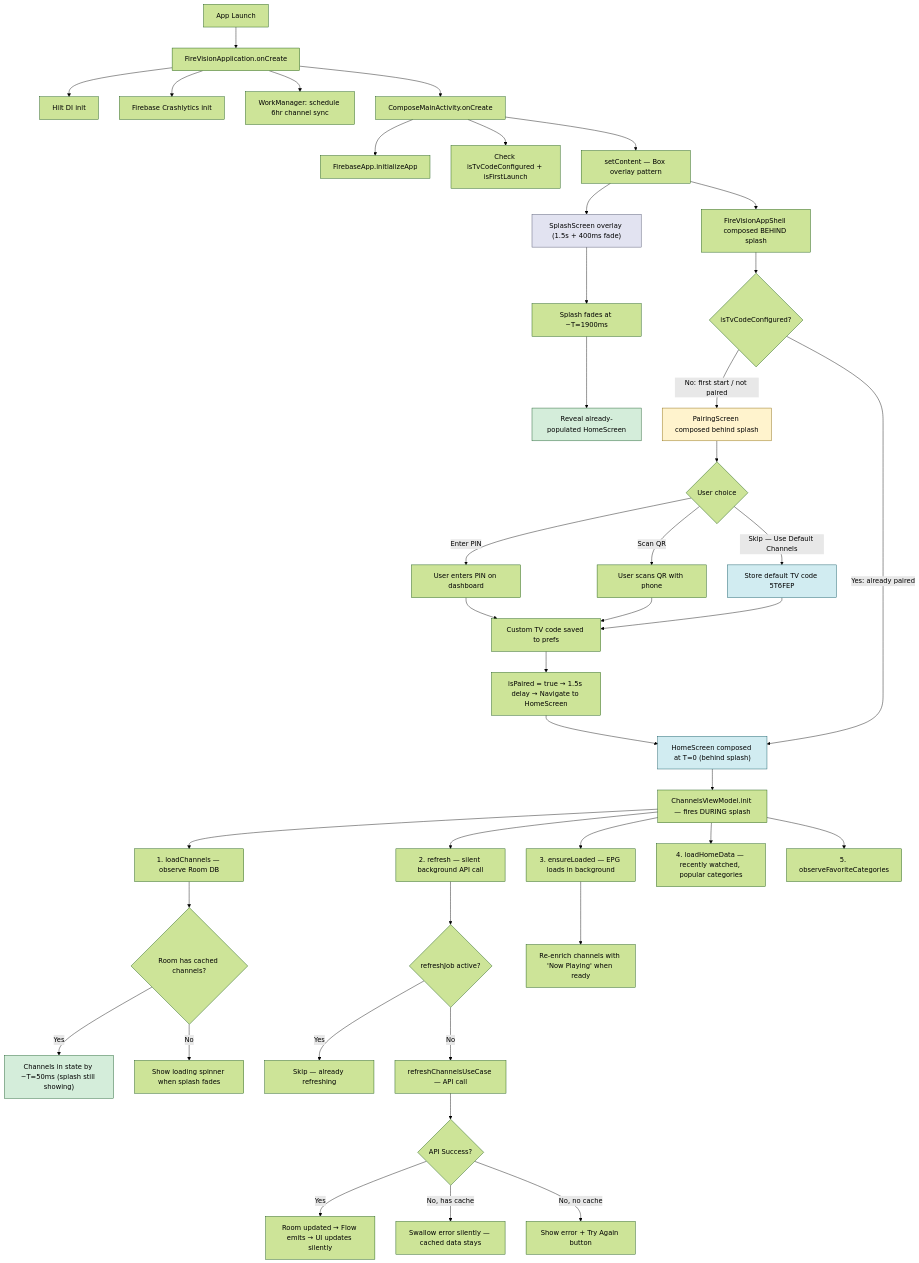
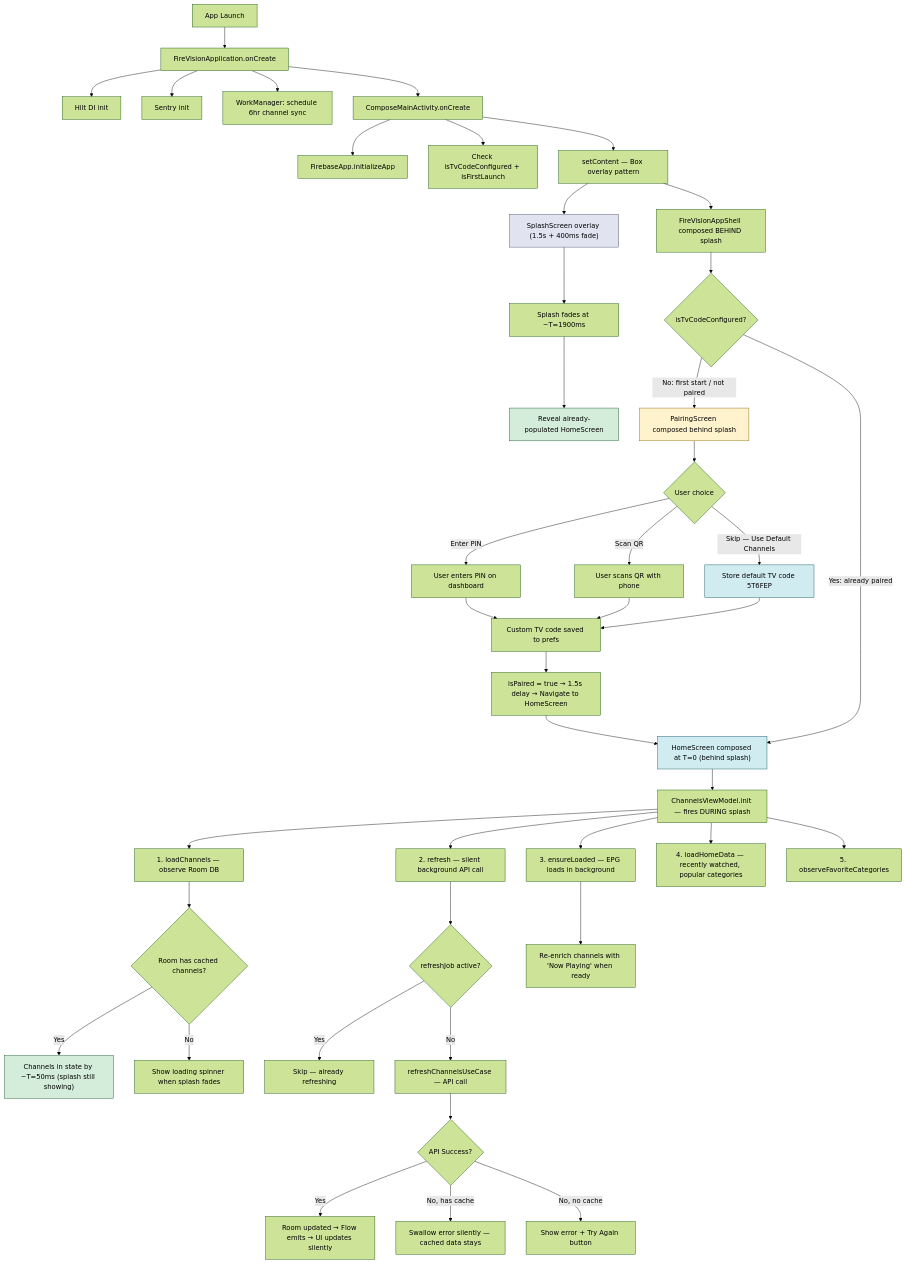
The first of 6 diagrams in docs/workflow/APP_STARTUP_FLOW.md (akshaynikhare/FireVisionIPTV), drawn with Mermaid (forest theme) before and after one commit. The commit also changed 9 other files, not shown here.

````diff
--- a/docs/workflow/APP_STARTUP_FLOW.md
+++ b/docs/workflow/APP_STARTUP_FLOW.md
@@ -11,65 +11,65 @@
 ```mermaid
 flowchart TD
     A[App Launch] --> B[FireVisionApplication.onCreate]
     B --> B1[Hilt DI init]
-    B --> B2[Firebase Crashlytics init]
+    B --> B2[Sentry init]
     B --> B3[WorkManager: schedule 6hr channel sync]
 
     B --> C[ComposeMainActivity.onCreate]
     C --> C1[FirebaseApp.initializeApp]
     C --> C2[Check isTvCodeConfigured + isFirstLaunch]
 
     C --> SET["setContent — Box overlay pattern"]
 
     SET --> SP["SplashScreen overlay (1.5s + 400ms fade)"]
     SET --> SHELL["FireVisionAppShell composed BEHIND splash"]
 
     SHELL --> RT{isTvCodeConfigured?}
 
     RT -- "No: first start / not paired" --> PA[PairingScreen composed behind splash]
 
     PA --> PD{User choice}
     PD -- "Enter PIN" --> PA1[User enters PIN on dashboard]
     PD -- "Scan QR" --> PA2[User scans QR with phone]
     PD -- "Skip — Use Default Channels" --> PA3[Store default TV code 5T6FEP]
 
     PA1 --> PA4[Custom TV code saved to prefs]
     PA2 --> PA4
     PA3 --> PA4
     PA4 --> PA5["isPaired = true → 1.5s delay → Navigate to HomeScreen"]
 
     RT -- "Yes: already paired" --> HS["HomeScreen composed at T=0 (behind splash)"]
     PA5 --> HS
 
     HS --> J["ChannelsViewModel.init — fires DURING splash"]
 
     J --> K["1. loadChannels — observe Room DB"]
     K --> O{Room has cached channels?}
     O -- Yes --> P["Channels in state by ~T=50ms (splash still showing)"]
     O -- No --> Q[Show loading spinner when splash fades]
 
     J --> M["2. refresh — silent background API call"]
     M --> MG{refreshJob active?}
     MG -- Yes --> MS[Skip — already refreshing]
     MG -- No --> R[refreshChannelsUseCase — API call]
 
     R --> S{API Success?}
     S -- Yes --> T[Room updated → Flow emits → UI updates silently]
     S -- No, has cache --> U[Swallow error silently — cached data stays]
     S -- No, no cache --> V[Show error + Try Again button]
 
     J --> EPG["3. ensureLoaded — EPG loads in background"]
     EPG --> EPG1["Re-enrich channels with 'Now Playing' when ready"]
     J --> L["4. loadHomeData — recently watched, popular categories"]
     J --> N["5. observeFavoriteCategories"]
 
     SP --> SP1["Splash fades at ~T=1900ms"]
     SP1 --> REVEAL["Reveal already-populated HomeScreen"]
 
     style SP fill:#e2e3f1,stroke:#4a4e69
     style PA fill:#fff3cd,stroke:#856404
     style PA3 fill:#d1ecf1,stroke:#0c5460
     style P fill:#d4edda,stroke:#155724
     style REVEAL fill:#d4edda,stroke:#155724
     style HS fill:#d1ecf1,stroke:#0c5460
 ```
````
